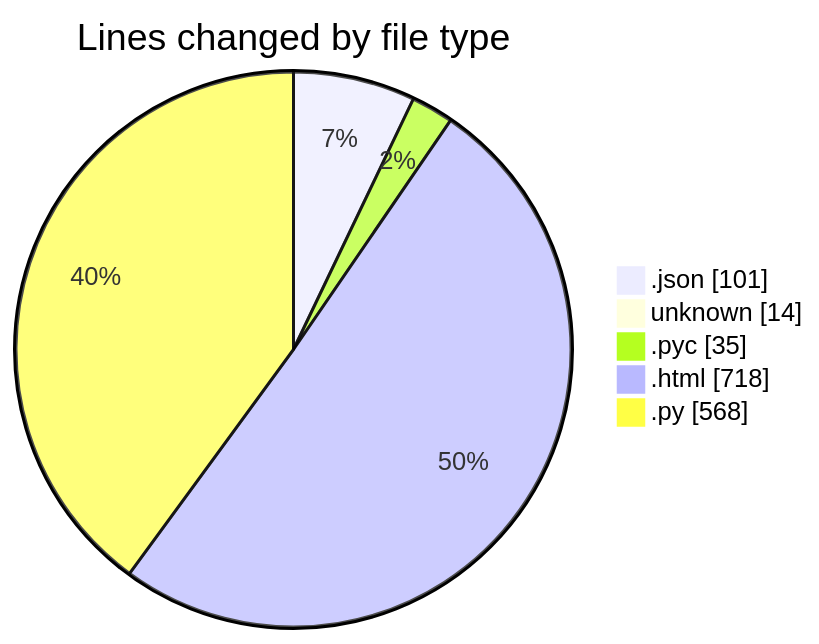
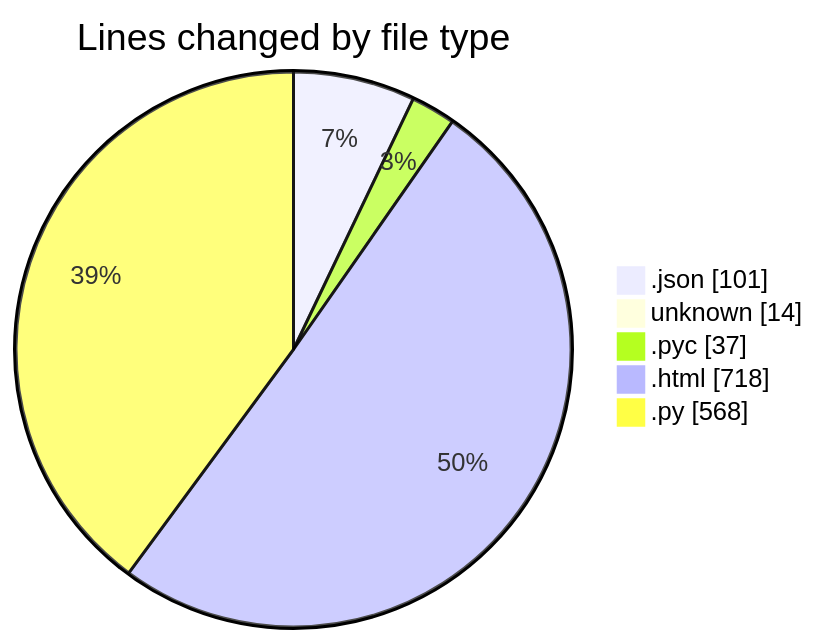
Before and after one commit to Elitesun/code-tracking: the first of 2 diagrams in 2025-04-23/heypy/README.md, drawn with Mermaid. The commit also changed other lines of this file and 1 other file, not shown here.

````diff
--- a/2025-04-23/heypy/README.md
+++ b/2025-04-23/heypy/README.md
@@ -25,9 +25,9 @@
 ```mermaid
 pie showData
 title Lines changed by file type
 ".json" : 101
 "unknown" : 14
-".pyc" : 35
+".pyc" : 37
 ".html" : 718
 ".py" : 568
 ```
````
